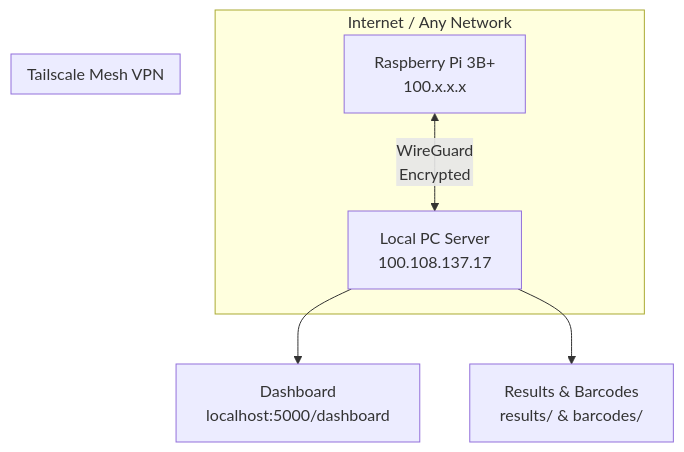
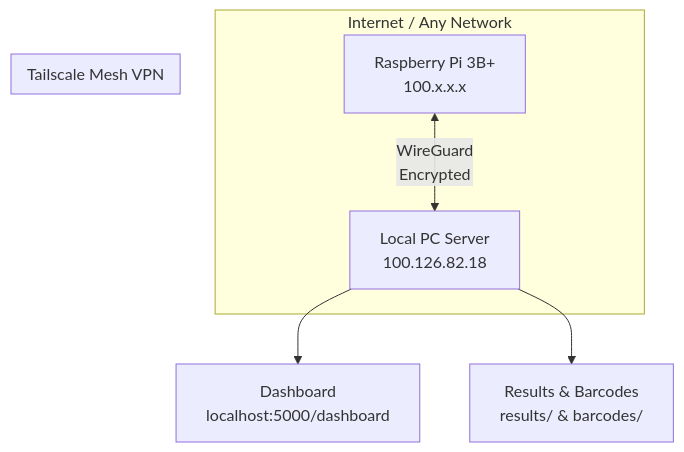
One commit to Sumit3301/Freshness-Monitor changed the third of 3 diagrams in ARCHITECTURE.md. Above: the diagram before and after it, drawn with Mermaid. The commit also changed other lines of this file and 42 other files, not shown here.

````diff
--- a/ARCHITECTURE.md
+++ b/ARCHITECTURE.md
@@ -210,14 +210,14 @@
 ```mermaid
 graph TB
     subgraph Internet / Any Network
         PI[Raspberry Pi 3B+<br>100.x.x.x]
-        PC[Local PC Server<br>100.108.137.17]
+        PC[Local PC Server<br>100.126.82.18]
     end
 
     subgraph Tailscale Mesh VPN
         PI <-->|WireGuard<br>Encrypted| PC
     end
 
     PC --> DASH[Dashboard<br>localhost:5000/dashboard]
     PC --> FILES[Results & Barcodes<br>results/ & barcodes/]
 ```
````
